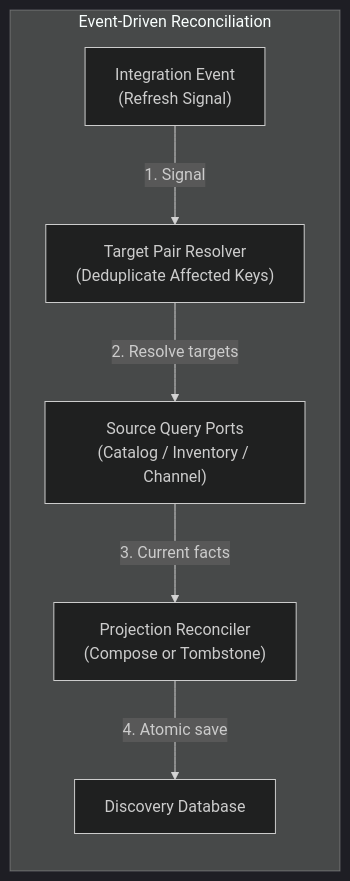
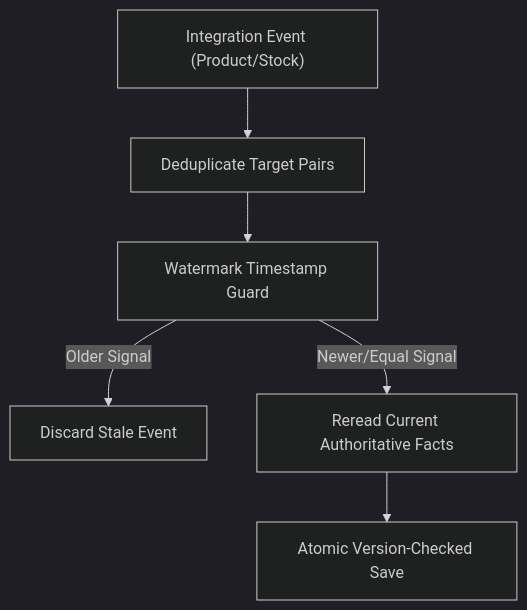
The first of 4 diagrams in docs/spec/system/discovery-event-reconciliation-tech-spec.md (khinemyaezin/grab), drawn with Mermaid (dark theme) before and after one commit. The commit also changed other lines of this file and 22 other files, not shown here.

````diff
--- a/docs/spec/system/discovery-event-reconciliation-tech-spec.md
+++ b/docs/spec/system/discovery-event-reconciliation-tech-spec.md
@@ -46,15 +38,8 @@
 ```mermaid
-flowchart LR
-    subgraph CorePattern ["Event-Driven Reconciliation"]
-        Event["Integration Event\n(Refresh Signal)"]
-        Resolver["Target Pair Resolver\n(Deduplicate Affected Keys)"]
-        Sources["Source Query Ports\n(Catalog / Inventory / Channel)"]
-        Reconciler["Projection Reconciler\n(Compose or Tombstone)"]
-        Store["Discovery Database"]
-
-        Event -->|"1. Signal"| Resolver
-        Resolver -->|"2. Resolve targets"| Sources
-        Sources -->|"3. Current facts"| Reconciler
-        Reconciler -->|"4. Atomic save"| Store
-    end
+flowchart TD
+    Event["Integration Event (Product/Stock)"] --> Dedupe["Deduplicate Target Pairs"]
+    Dedupe --> Watermark["Watermark Timestamp Guard"]
+    Watermark -->|Older Signal| Drop["Discard Stale Event"]
+    Watermark -->|Newer/Equal Signal| SPI["Reread Current Authoritative Facts"]
+    SPI --> Commit["Atomic Version-Checked Save"]
 ```
````
